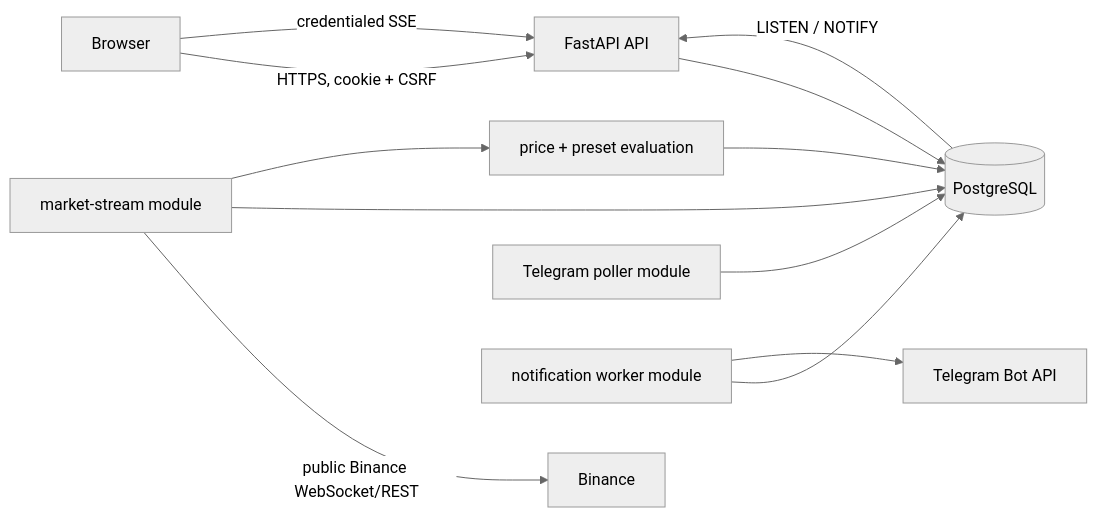
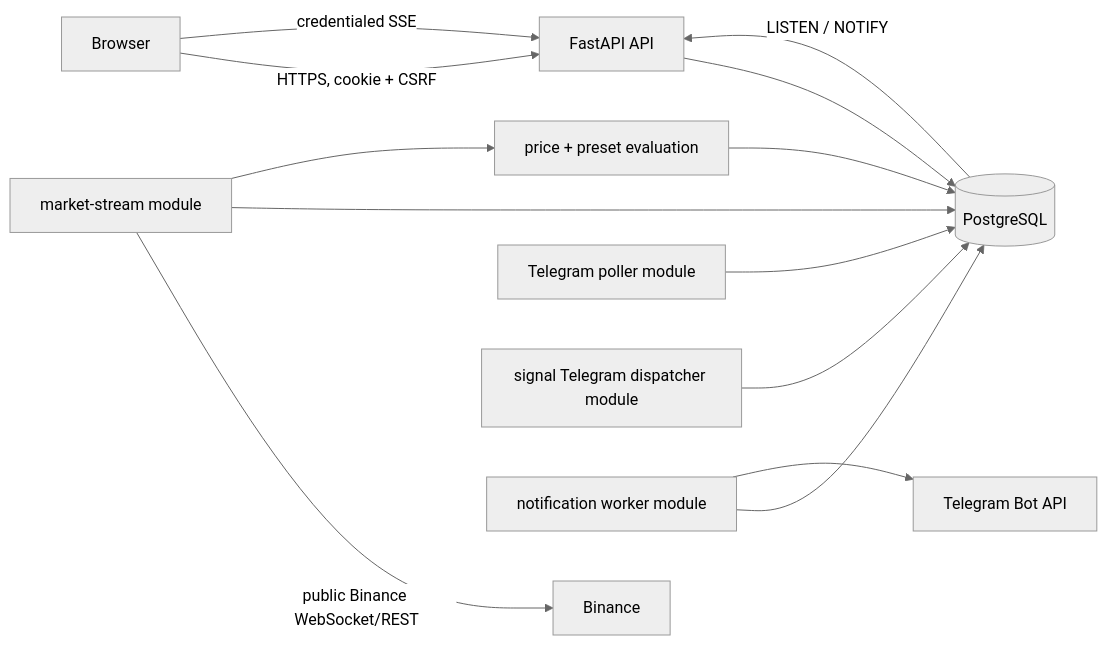
The diagram in docs/ARCHITECTURE.md (VietCT04/FreeCoinAlert), drawn with Mermaid (neutral theme) before and after one commit. The commit also changed other lines of this file and 27 other files, not shown here.

Commit message:
Add signal Telegram fan-out dispatcher

````diff
--- a/docs/ARCHITECTURE.md
+++ b/docs/ARCHITECTURE.md
@@ -13,14 +13,15 @@
 ```mermaid
 flowchart LR
   Browser -->|HTTPS, cookie + CSRF| API[FastAPI API]
   Browser -->|credentialed SSE| API
   API --> DB[(PostgreSQL)]
   DB -->|LISTEN / NOTIFY| API
   Market[market-stream module] -->|public Binance WebSocket/REST| Binance
   Market --> DB
   Market --> Alerts[price + preset evaluation]
   Alerts --> DB
   Poller[Telegram poller module] --> DB
+  Dispatcher[signal Telegram dispatcher module] --> DB
   Worker[notification worker module] --> DB
   Worker --> Telegram[Telegram Bot API]
 ```
````
